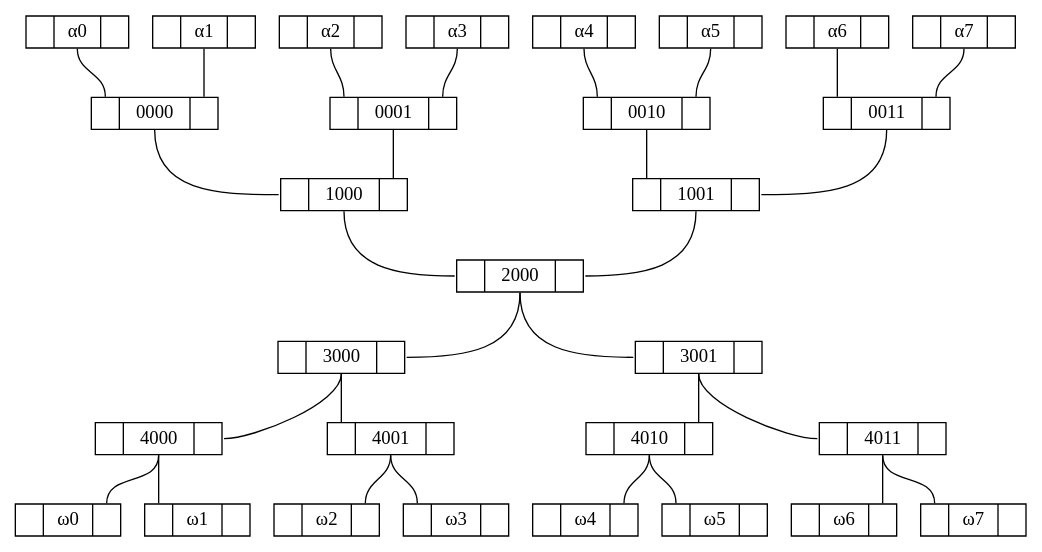
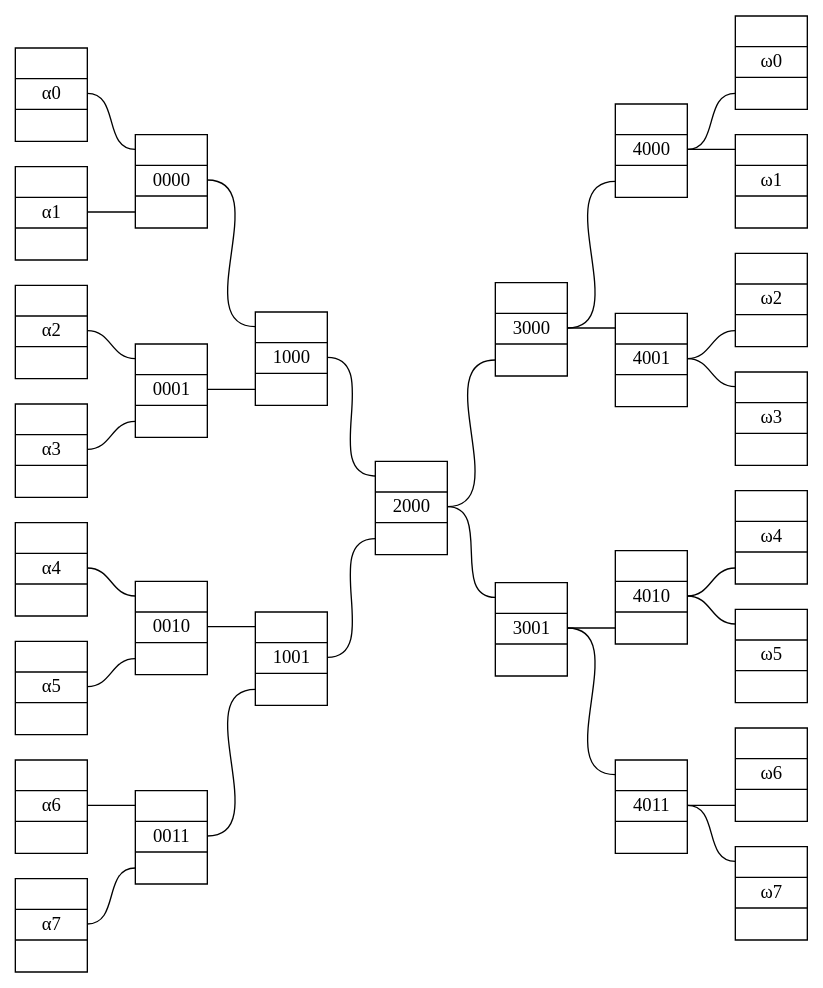
One commit to grootstebozewolf/networks changed the diagram in 8 binairy tree general.gv.dot. Above: the diagram before and after it, drawn with Graphviz. The commit also changed 12 other files, not shown here.

```diff
--- a/8 binairy tree general.gv.dot
+++ b/8 binairy tree general.gv.dot
@@ -1,180 +1,182 @@
 graph "8 binairy tree general" {
-	graph [bb="0,0,710,384"];
+	graph [bb="0,0,594,686",
+		rankdir=LR
+	];
 	node [height=.1,
 		label="\N",
 		shape=record
 	];
-	α000	 [height=0.33333,
+	α000	 [height=0.97222,
 		label="<f0> |<f1> α0|<f2>",
-		pos="43.5,372",
-		rects="8,360.5,28,383.5 28,360.5,59,383.5 59,360.5,79,383.5",
-		width=0.98611];
-	0000	 [height=0.33333,
+		pos="27,651",
+		rects="0,662.5,54,685.5 0,639.5,54,662.5 0,616.5,54,639.5",
+		width=0.75];
+	0000	 [height=0.97222,
 		label="<f0> |<f1> 0000|<f2>",
-		pos="100.5,312",
-		rects="58.5,300.5,78.5,323.5 78.5,300.5,122.5,323.5 122.5,300.5,142.5,323.5",
-		width=1.1667];
-	α000:f1 -- 0000:f0	 [pos="43.5,360 43.5,340.52 68.5,343.48 68.5,324"];
-	1000	 [height=0.33333,
+		pos="117,586",
+		rects="90,597.5,144,620.5 90,574.5,144,597.5 90,551.5,144,574.5",
+		width=0.75];
+	α000:f1 -- 0000:f0	 [pos="54,651 78.585,651 65.415,609 90,609"];
+	1000	 [height=0.97222,
 		label="<f0> |<f1> 1000|<f2>",
-		pos="234.5,252",
-		rects="192.5,240.5,212.5,263.5 212.5,240.5,256.5,263.5 256.5,240.5,276.5,263.5",
-		width=1.1667];
-	0000:f1 -- 1000:f0	 [pos="100.5,300 100.5,254.27 145.77,252 191.5,252"];
-	α001	 [height=0.33333,
+		pos="207,454",
+		rects="180,465.5,234,488.5 180,442.5,234,465.5 180,419.5,234,442.5",
+		width=0.75];
+	0000:f1 -- 1000:f0	 [pos="144,586 195.02,586 128.98,477 180,477"];
+	α001	 [height=0.97222,
 		label="<f0> |<f1> α1|<f2>",
-		pos="132.5,372",
-		rects="97,360.5,117,383.5 117,360.5,148,383.5 148,360.5,168,383.5",
-		width=0.98611];
-	α001:f1 -- 0000:f2	 [pos="132.5,360 132.5,344 132.5,340 132.5,324"];
-	α010	 [height=0.33333,
+		pos="27,563",
+		rects="0,574.5,54,597.5 0,551.5,54,574.5 0,528.5,54,551.5",
+		width=0.75];
+	α001:f1 -- 0000:f2	 [pos="54,563 70,563 74,563 90,563"];
+	α010	 [height=0.97222,
 		label="<f0> |<f1> α2|<f2>",
-		pos="221.5,372",
-		rects="186,360.5,206,383.5 206,360.5,237,383.5 237,360.5,257,383.5",
-		width=0.98611];
-	0001	 [height=0.33333,
+		pos="27,475",
+		rects="0,486.5,54,509.5 0,463.5,54,486.5 0,440.5,54,463.5",
+		width=0.75];
+	0001	 [height=0.97222,
 		label="<f0> |<f1> 0001|<f2>",
-		pos="266.5,312",
-		rects="224.5,300.5,244.5,323.5 244.5,300.5,288.5,323.5 288.5,300.5,308.5,323.5",
-		width=1.1667];
-	α010:f1 -- 0001:f0	 [pos="221.5,360 221.5,342.99 234.5,341.01 234.5,324"];
-	0001:f1 -- 1000:f2	 [pos="266.5,300 266.5,284 266.5,280 266.5,264"];
-	α011	 [height=0.33333,
+		pos="117,431",
+		rects="90,442.5,144,465.5 90,419.5,144,442.5 90,396.5,144,419.5",
+		width=0.75];
+	α010:f1 -- 0001:f0	 [pos="54,475 72.523,475 71.477,454 90,454"];
+	0001:f1 -- 1000:f2	 [pos="144,431 160,431 164,431 180,431"];
+	α011	 [height=0.97222,
 		label="<f0> |<f1> α3|<f2>",
-		pos="310.5,372",
-		rects="275,360.5,295,383.5 295,360.5,326,383.5 326,360.5,346,383.5",
-		width=0.98611];
-	α011:f1 -- 0001:f2	 [pos="310.5,360 310.5,343.13 298.5,340.87 298.5,324"];
-	α100	 [height=0.33333,
+		pos="27,387",
+		rects="0,398.5,54,421.5 0,375.5,54,398.5 0,352.5,54,375.5",
+		width=0.75];
+	α011:f1 -- 0001:f2	 [pos="54,387 72.523,387 71.477,408 90,408"];
+	α100	 [height=0.97222,
 		label="<f0> |<f1> α4|<f2>",
-		pos="399.5,372",
-		rects="364,360.5,384,383.5 384,360.5,415,383.5 415,360.5,435,383.5",
-		width=0.98611];
-	0010	 [height=0.33333,
+		pos="27,299",
+		rects="0,310.5,54,333.5 0,287.5,54,310.5 0,264.5,54,287.5",
+		width=0.75];
+	0010	 [height=0.97222,
 		label="<f0> |<f1> 0010|<f2>",
-		pos="443.5,312",
-		rects="401.5,300.5,421.5,323.5 421.5,300.5,465.5,323.5 465.5,300.5,485.5,323.5",
-		width=1.1667];
-	α100:f1 -- 0010:f0	 [pos="399.5,360 399.5,343.13 411.5,340.87 411.5,324"];
-	1001	 [height=0.33333,
+		pos="117,255",
+		rects="90,266.5,144,289.5 90,243.5,144,266.5 90,220.5,144,243.5",
+		width=0.75];
+	α100:f1 -- 0010:f0	 [pos="54,299 72.523,299 71.477,278 90,278"];
+	1001	 [height=0.97222,
 		label="<f0> |<f1> 1001|<f2>",
-		pos="475.5,252",
-		rects="433.5,240.5,453.5,263.5 453.5,240.5,497.5,263.5 497.5,240.5,517.5,263.5",
-		width=1.1667];
-	0010:f1 -- 1001:f0	 [pos="443.5,300 443.5,284 443.5,280 443.5,264"];
-	α101	 [height=0.33333,
+		pos="207,232",
+		rects="180,243.5,234,266.5 180,220.5,234,243.5 180,197.5,234,220.5",
+		width=0.75];
+	0010:f1 -- 1001:f0	 [pos="144,255 160,255 164,255 180,255"];
+	α101	 [height=0.97222,
 		label="<f0> |<f1> α5|<f2>",
-		pos="488.5,372",
-		rects="453,360.5,473,383.5 473,360.5,504,383.5 504,360.5,524,383.5",
-		width=0.98611];
-	α101:f1 -- 0010:f2	 [pos="488.5,360 488.5,342.99 475.5,341.01 475.5,324"];
-	α110	 [height=0.33333,
+		pos="27,211",
+		rects="0,222.5,54,245.5 0,199.5,54,222.5 0,176.5,54,199.5",
+		width=0.75];
+	α101:f1 -- 0010:f2	 [pos="54,211 72.523,211 71.477,232 90,232"];
+	α110	 [height=0.97222,
 		label="<f0> |<f1> α6|<f2>",
-		pos="577.5,372",
-		rects="542,360.5,562,383.5 562,360.5,593,383.5 593,360.5,613,383.5",
-		width=0.98611];
-	0011	 [height=0.33333,
+		pos="27,123",
+		rects="0,134.5,54,157.5 0,111.5,54,134.5 0,88.5,54,111.5",
+		width=0.75];
+	0011	 [height=0.97222,
 		label="<f0> |<f1> 0011|<f2>",
-		pos="609.5,312",
-		rects="567.5,300.5,587.5,323.5 587.5,300.5,631.5,323.5 631.5,300.5,651.5,323.5",
-		width=1.1667];
-	α110:f1 -- 0011:f0	 [pos="577.5,360 577.5,344 577.5,340 577.5,324"];
-	0011:f1 -- 1001:f2	 [pos="609.5,300 609.5,254.27 564.23,252 518.5,252"];
-	α111	 [height=0.33333,
+		pos="117,100",
+		rects="90,111.5,144,134.5 90,88.5,144,111.5 90,65.5,144,88.5",
+		width=0.75];
+	α110:f1 -- 0011:f0	 [pos="54,123 70,123 74,123 90,123"];
+	0011:f1 -- 1001:f2	 [pos="144,100 195.02,100 128.98,209 180,209"];
+	α111	 [height=0.97222,
 		label="<f0> |<f1> α7|<f2>",
-		pos="666.5,372",
-		rects="631,360.5,651,383.5 651,360.5,682,383.5 682,360.5,702,383.5",
-		width=0.98611];
-	α111:f1 -- 0011:f2	 [pos="666.5,360 666.5,340.52 641.5,343.48 641.5,324"];
-	ω000	 [height=0.33333,
+		pos="27,35",
+		rects="0,46.5,54,69.5 0,23.5,54,46.5 0,0.5,54,23.5",
+		width=0.75];
+	α111:f1 -- 0011:f2	 [pos="54,35 78.585,35 65.415,77 90,77"];
+	ω000	 [height=0.97222,
 		label="<f0> |<f1> ω0|<f2>",
-		pos="36.5,12",
-		rects="0,0.5,20,23.5 20,0.5,53,23.5 53,0.5,73,23.5",
-		width=1.0139];
-	ω001	 [height=0.33333,
+		pos="567,651",
+		rects="540,662.5,594,685.5 540,639.5,594,662.5 540,616.5,594,639.5",
+		width=0.75];
+	ω001	 [height=0.97222,
 		label="<f0> |<f1> ω1|<f2>",
-		pos="127.5,12",
-		rects="91,0.5,111,23.5 111,0.5,144,23.5 144,0.5,164,23.5",
-		width=1.0139];
-	ω010	 [height=0.33333,
+		pos="567,563",
+		rects="540,574.5,594,597.5 540,551.5,594,574.5 540,528.5,594,551.5",
+		width=0.75];
+	ω010	 [height=0.97222,
 		label="<f0> |<f1> ω2|<f2>",
-		pos="218.5,12",
-		rects="182,0.5,202,23.5 202,0.5,235,23.5 235,0.5,255,23.5",
-		width=1.0139];
-	ω011	 [height=0.33333,
+		pos="567,475",
+		rects="540,486.5,594,509.5 540,463.5,594,486.5 540,440.5,594,463.5",
+		width=0.75];
+	ω011	 [height=0.97222,
 		label="<f0> |<f1> ω3|<f2>",
-		pos="309.5,12",
-		rects="273,0.5,293,23.5 293,0.5,326,23.5 326,0.5,346,23.5",
-		width=1.0139];
-	ω100	 [height=0.33333,
+		pos="567,387",
+		rects="540,398.5,594,421.5 540,375.5,594,398.5 540,352.5,594,375.5",
+		width=0.75];
+	ω100	 [height=0.97222,
 		label="<f0> |<f1> ω4|<f2>",
-		pos="400.5,12",
-		rects="364,0.5,384,23.5 384,0.5,417,23.5 417,0.5,437,23.5",
-		width=1.0139];
-	ω101	 [height=0.33333,
+		pos="567,299",
+		rects="540,310.5,594,333.5 540,287.5,594,310.5 540,264.5,594,287.5",
+		width=0.75];
+	ω101	 [height=0.97222,
 		label="<f0> |<f1> ω5|<f2>",
-		pos="491.5,12",
-		rects="455,0.5,475,23.5 475,0.5,508,23.5 508,0.5,528,23.5",
-		width=1.0139];
-	ω110	 [height=0.33333,
+		pos="567,211",
+		rects="540,222.5,594,245.5 540,199.5,594,222.5 540,176.5,594,199.5",
+		width=0.75];
+	ω110	 [height=0.97222,
 		label="<f0> |<f1> ω6|<f2>",
-		pos="582.5,12",
-		rects="546,0.5,566,23.5 566,0.5,599,23.5 599,0.5,619,23.5",
-		width=1.0139];
-	ω111	 [height=0.33333,
+		pos="567,123",
+		rects="540,134.5,594,157.5 540,111.5,594,134.5 540,88.5,594,111.5",
+		width=0.75];
+	ω111	 [height=0.97222,
 		label="<f0> |<f1> ω7|<f2>",
-		pos="673.5,12",
-		rects="637,0.5,657,23.5 657,0.5,690,23.5 690,0.5,710,23.5",
-		width=1.0139];
-	2000	 [height=0.33333,
+		pos="567,35",
+		rects="540,46.5,594,69.5 540,23.5,594,46.5 540,0.5,594,23.5",
+		width=0.75];
+	2000	 [height=0.97222,
 		label="<f0> |<f1> 2000|<f2>",
-		pos="354.5,192",
-		rects="312.5,180.5,332.5,203.5 332.5,180.5,376.5,203.5 376.5,180.5,396.5,203.5",
-		width=1.1667];
-	1000:f1 -- 2000:f0	 [pos="234.5,240 234.5,199.67 271.17,192 311.5,192"];
-	1001:f1 -- 2000:f2	 [pos="475.5,240 475.5,199.3 438.2,192 397.5,192"];
-	4000	 [height=0.33333,
+		pos="297,343",
+		rects="270,354.5,324,377.5 270,331.5,324,354.5 270,308.5,324,331.5",
+		width=0.75];
+	1000:f1 -- 2000:f0	 [pos="234,454 276.26,454 227.74,366 270,366"];
+	1001:f1 -- 2000:f2	 [pos="234,232 276.26,232 227.74,320 270,320"];
+	4000	 [height=0.97222,
 		label="<f0> |<f1> 4000|<f2>",
-		pos="100.5,72",
-		rects="58.5,60.5,78.5,83.5 78.5,60.5,122.5,83.5 122.5,60.5,142.5,83.5",
-		width=1.1667];
-	4000:f1 -- ω000:f2	 [pos="100.5,60 100.5,37.056 63.5,46.944 63.5,24"];
-	4000:f1 -- ω001:f0	 [pos="100.5,60 100.5,44 100.5,40 100.5,24"];
-	4001	 [height=0.33333,
+		pos="477,586",
+		rects="450,597.5,504,620.5 450,574.5,504,597.5 450,551.5,504,574.5",
+		width=0.75];
+	4000:f1 -- ω000:f2	 [pos="504,586 528.59,586 515.41,628 540,628"];
+	4000:f1 -- ω001:f0	 [pos="504,586 520,586 524,586 540,586"];
+	4001	 [height=0.97222,
 		label="<f0> |<f1> 4001|<f2>",
-		pos="263.5,72",
-		rects="221.5,60.5,241.5,83.5 241.5,60.5,285.5,83.5 285.5,60.5,305.5,83.5",
-		width=1.1667];
-	4001:f1 -- ω010:f2	 [pos="263.5,60 263.5,42.111 245.5,41.889 245.5,24"];
-	4001:f1 -- ω011:f0	 [pos="263.5,60 263.5,41.908 282.5,42.092 282.5,24"];
-	4010	 [height=0.33333,
+		pos="477,431",
+		rects="450,442.5,504,465.5 450,419.5,504,442.5 450,396.5,504,419.5",
+		width=0.75];
+	4001:f1 -- ω010:f2	 [pos="504,431 522.52,431 521.48,452 540,452"];
+	4001:f1 -- ω011:f0	 [pos="504,431 522.52,431 521.48,410 540,410"];
+	4010	 [height=0.97222,
 		label="<f0> |<f1> 4010|<f2>",
-		pos="445.5,72",
-		rects="403.5,60.5,423.5,83.5 423.5,60.5,467.5,83.5 467.5,60.5,487.5,83.5",
-		width=1.1667];
-	4010:f1 -- ω100:f2	 [pos="445.5,60 445.5,42.111 427.5,41.889 427.5,24"];
-	4010:f1 -- ω101:f0	 [pos="445.5,60 445.5,41.908 464.5,42.092 464.5,24"];
-	4011	 [height=0.33333,
+		pos="477,255",
+		rects="450,266.5,504,289.5 450,243.5,504,266.5 450,220.5,504,243.5",
+		width=0.75];
+	4010:f1 -- ω100:f2	 [pos="504,255 522.52,255 521.48,276 540,276"];
+	4010:f1 -- ω101:f0	 [pos="504,255 522.52,255 521.48,234 540,234"];
+	4011	 [height=0.97222,
 		label="<f0> |<f1> 4011|<f2>",
-		pos="609.5,72",
-		rects="567.5,60.5,587.5,83.5 587.5,60.5,631.5,83.5 631.5,60.5,651.5,83.5",
-		width=1.1667];
-	4011:f1 -- ω110:f2	 [pos="609.5,60 609.5,44 609.5,40 609.5,24"];
-	4011:f1 -- ω111:f0	 [pos="609.5,60 609.5,37.056 646.5,46.944 646.5,24"];
-	3000	 [height=0.33333,
+		pos="477,100",
+		rects="450,111.5,504,134.5 450,88.5,504,111.5 450,65.5,504,88.5",
+		width=0.75];
+	4011:f1 -- ω110:f2	 [pos="504,100 520,100 524,100 540,100"];
+	4011:f1 -- ω111:f0	 [pos="504,100 528.59,100 515.41,58 540,58"];
+	3000	 [height=0.97222,
 		label="<f0> |<f1> 3000|<f2>",
-		pos="231.5,132",
-		rects="189.5,120.5,209.5,143.5 209.5,120.5,253.5,143.5 253.5,120.5,273.5,143.5",
-		width=1.1667];
-	2000:f1 -- 3000:f2	 [pos="354.5,180 354.5,138.54 315.96,132 274.5,132"];
-	3001	 [height=0.33333,
+		pos="387,454",
+		rects="360,465.5,414,488.5 360,442.5,414,465.5 360,419.5,414,442.5",
+		width=0.75];
+	2000:f1 -- 3000:f2	 [pos="324,343 366.26,343 317.74,431 360,431"];
+	3001	 [height=0.97222,
 		label="<f0> |<f1> 3001|<f2>",
-		pos="477.5,132",
-		rects="435.5,120.5,455.5,143.5 455.5,120.5,499.5,143.5 499.5,120.5,519.5,143.5",
-		width=1.1667];
-	2000:f1 -- 3001:f0	 [pos="354.5,180 354.5,138.54 393.04,132 434.5,132"];
-	3000:f1 -- 4000:f2	 [pos="231.5,120 231.5,97.725 165.78,72 143.5,72"];
-	3000:f1 -- 4001:f0	 [pos="231.5,120 231.5,104 231.5,100 231.5,84"];
-	3001:f1 -- 4010:f2	 [pos="477.5,120 477.5,104 477.5,100 477.5,84"];
-	3001:f1 -- 4011:f0	 [pos="477.5,120 477.5,97.529 544.03,72 566.5,72"];
+		pos="387,232",
+		rects="360,243.5,414,266.5 360,220.5,414,243.5 360,197.5,414,220.5",
+		width=0.75];
+	2000:f1 -- 3001:f0	 [pos="324,343 366.26,343 317.74,255 360,255"];
+	3000:f1 -- 4000:f2	 [pos="414,454 465.02,454 398.98,563 450,563"];
+	3000:f1 -- 4001:f0	 [pos="414,454 430,454 434,454 450,454"];
+	3001:f1 -- 4010:f2	 [pos="414,232 430,232 434,232 450,232"];
+	3001:f1 -- 4011:f0	 [pos="414,232 465.02,232 398.98,123 450,123"];
 }
```
